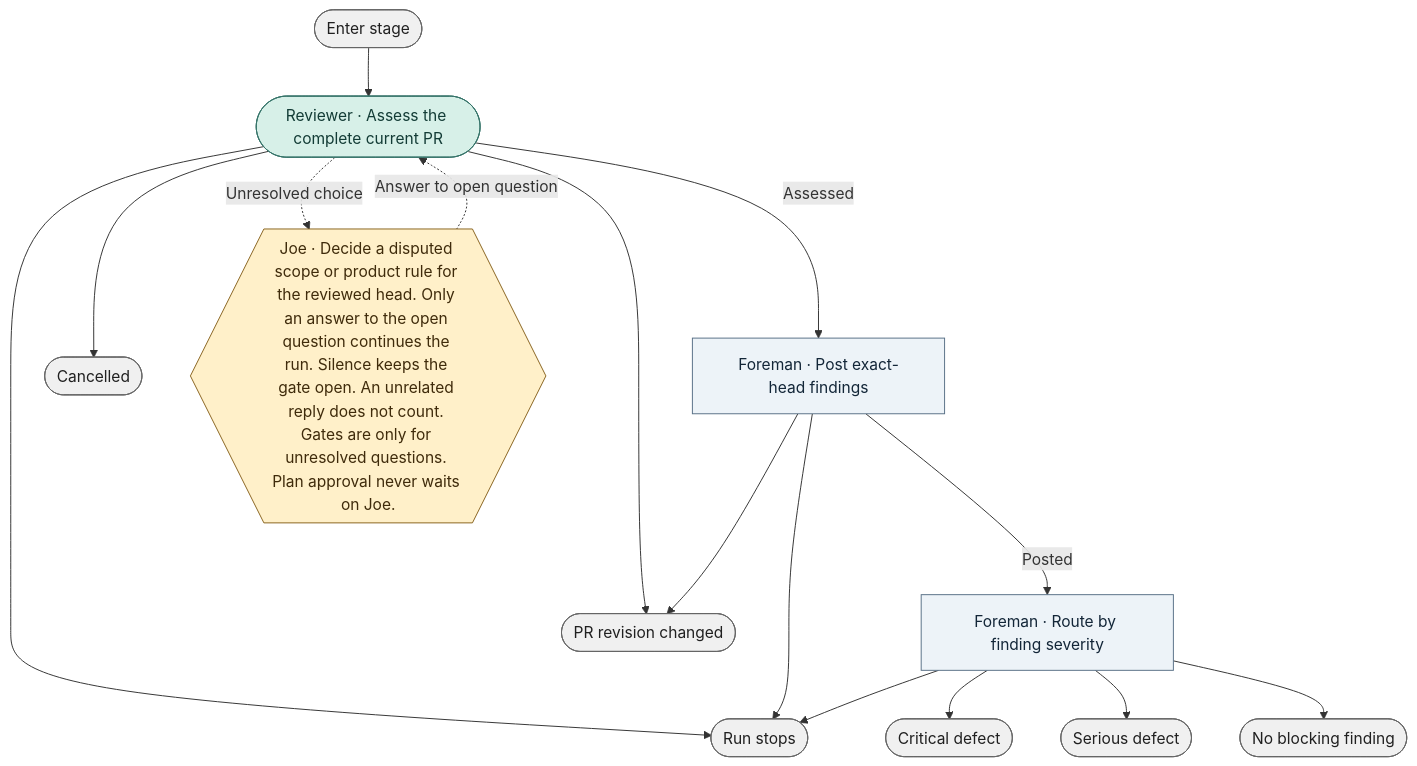
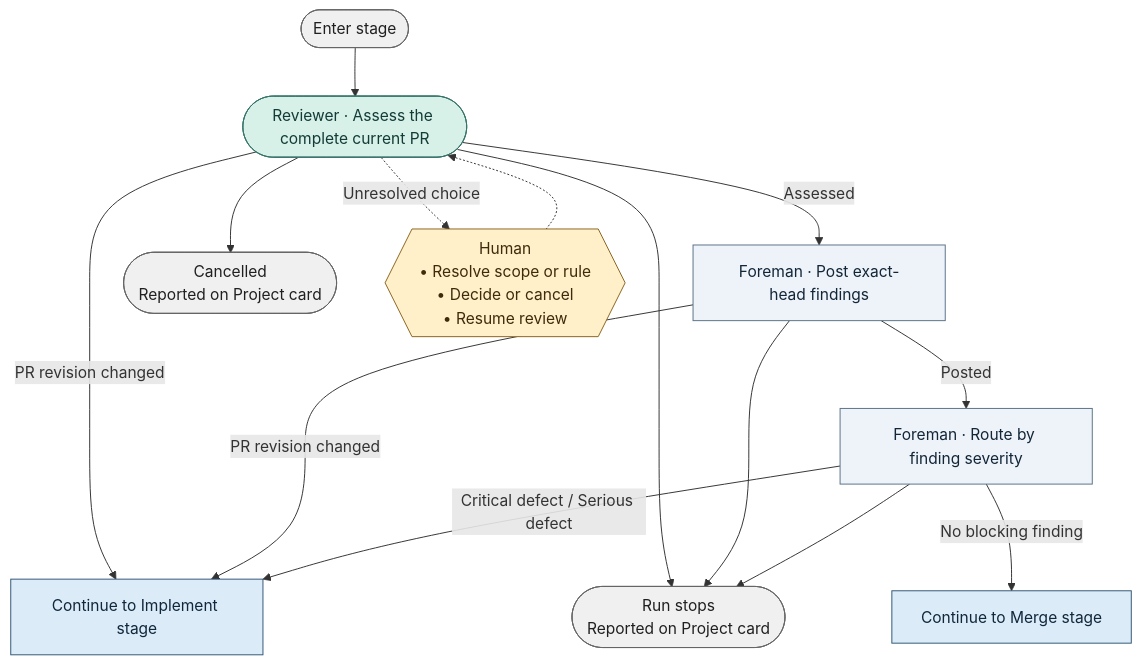
Before and after one commit to bookout-labs/tools: the diagram in docs/graph/blueprint/views/stages/review.mmd, drawn with Mermaid. The commit also changed 37 other files, not shown here.

Commit message:
Clarify blueprint gates, stage exits, and system context

```diff
--- a/docs/graph/blueprint/views/stages/review.mmd
+++ b/docs/graph/blueprint/views/stages/review.mmd
@@ -1,31 +1,28 @@
 flowchart TD
     n0(["Enter stage"]):::terminal
     n1(["Reviewer · Assess the complete current PR"]):::worker
     n2["Foreman · Post exact-head findings"]:::step
     n3["Foreman · Route by finding severity"]:::step
-    n4(["PR revision changed"]):::terminal
-    n5(["Cancelled"]):::terminal
-    n6(["Run stops"]):::terminal
-    n7(["Critical defect"]):::terminal
-    n8(["Serious defect"]):::terminal
-    n9(["No blocking finding"]):::terminal
-    n10{{"Joe · Decide a disputed scope or product rule for the reviewed head. Only an answer to the open question continues the run. Silence keeps the gate open. An unrelated reply does not count. Gates are only for unresolved questions. Plan approval never waits on Joe."}}:::gate
+    n4["Continue to Implement stage"]:::stage
+    n5(["Cancelled<br/>Reported on Project card"]):::terminal
+    n6(["Run stops<br/>Reported on Project card"]):::terminal
+    n7["Continue to Merge stage"]:::stage
+    n8{{"Human<br/>• Resolve scope or rule<br/>• Decide or cancel<br/>• Resume review"}}:::gate
     n0 --> n1
-    n1 --> n4
+    n1 -->|"PR revision changed"| n4
     n1 --> n5
     n1 --> n6
     n1 -->|"Assessed"| n2
-    n2 --> n4
+    n2 -->|"PR revision changed"| n4
     n2 --> n6
     n2 -->|"Posted"| n3
     n3 --> n6
-    n3 --> n7
-    n3 --> n8
-    n3 --> n9
-    n1 -.->|"Unresolved choice"| n10
-    n10 -.->|"Answer to open question"| n1
+    n3 -->|"Critical defect / Serious defect"| n4
+    n3 -->|"No blocking finding"| n7
+    n1 -.->|"Unresolved choice"| n8
+    n8 -.-> n1
     classDef stage fill:#dcebf8,stroke:#315675,color:#10283b
     classDef step fill:#edf3f8,stroke:#597187,color:#132638
     classDef worker fill:#d7f0e8,stroke:#357369,color:#133c36
     classDef gate fill:#fff0c9,stroke:#89641f,color:#3f2b0b
     classDef terminal fill:#f0f0f0,stroke:#666666,color:#202020
```
